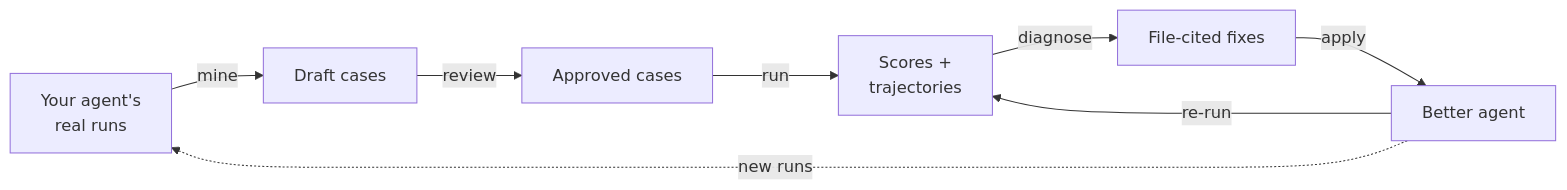
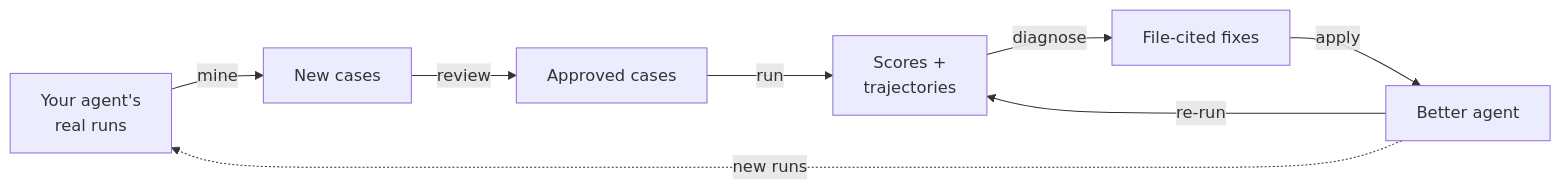
One commit to inferedge-ai/evalkit changed the diagram in README.md. Above: the diagram before and after it, drawn with Mermaid. The commit also changed other lines of this file and 4 other files, not shown here.

````diff
--- a/README.md
+++ b/README.md
@@ -17,10 +17,10 @@
 ```mermaid
 flowchart LR
-  T["Your agent's<br/>real runs"] -->|mine| C["Draft cases"]
+  T["Your agent's<br/>real runs"] -->|mine| C["New cases"]
   C -->|review| R["Approved cases"]
   R -->|run| S["Scores +<br/>trajectories"]
   S -->|diagnose| F["File-cited fixes"]
   F -->|apply| A["Better agent"]
   A -->|re-run| S
   A -.->|new runs| T
 ```
````
